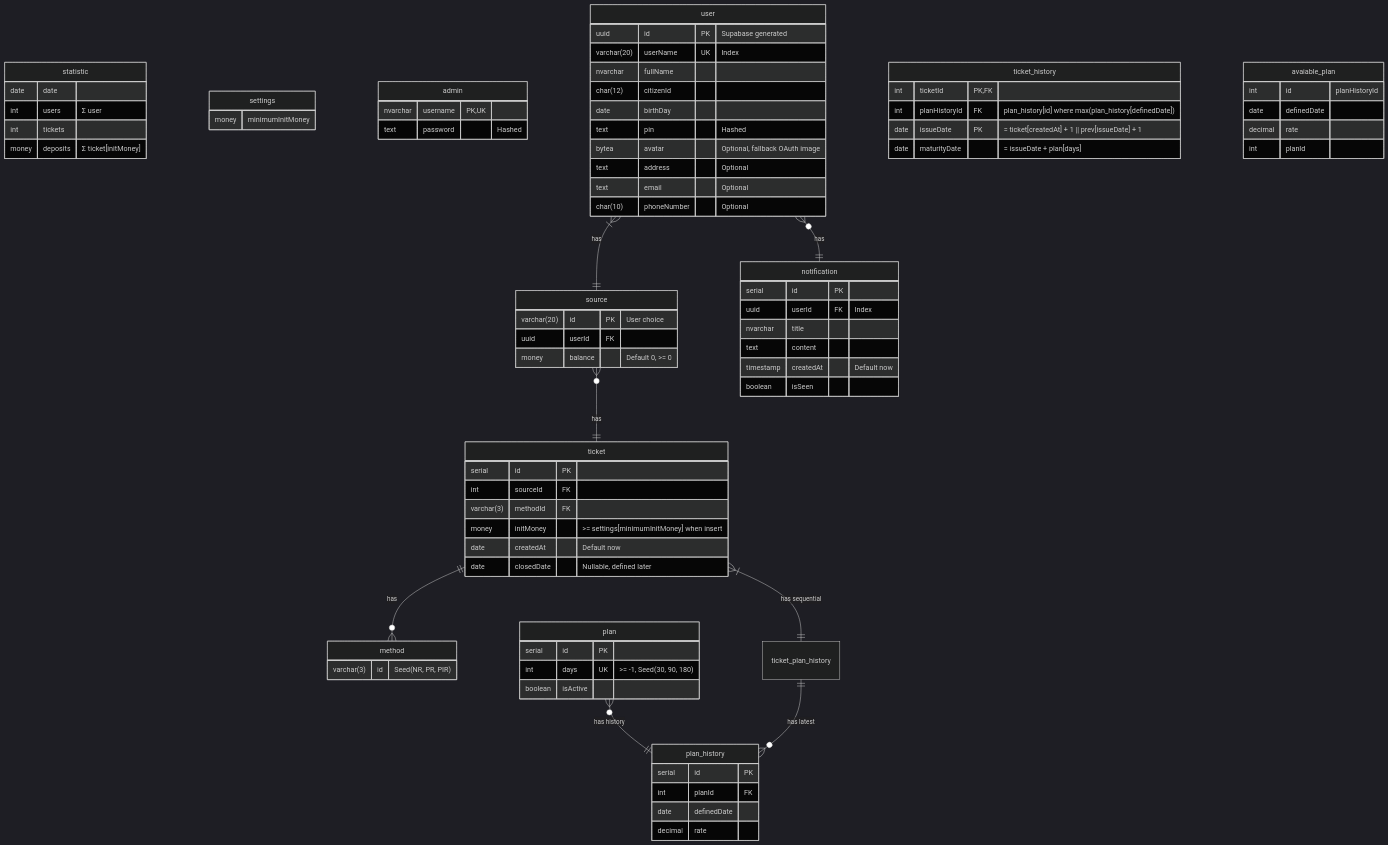
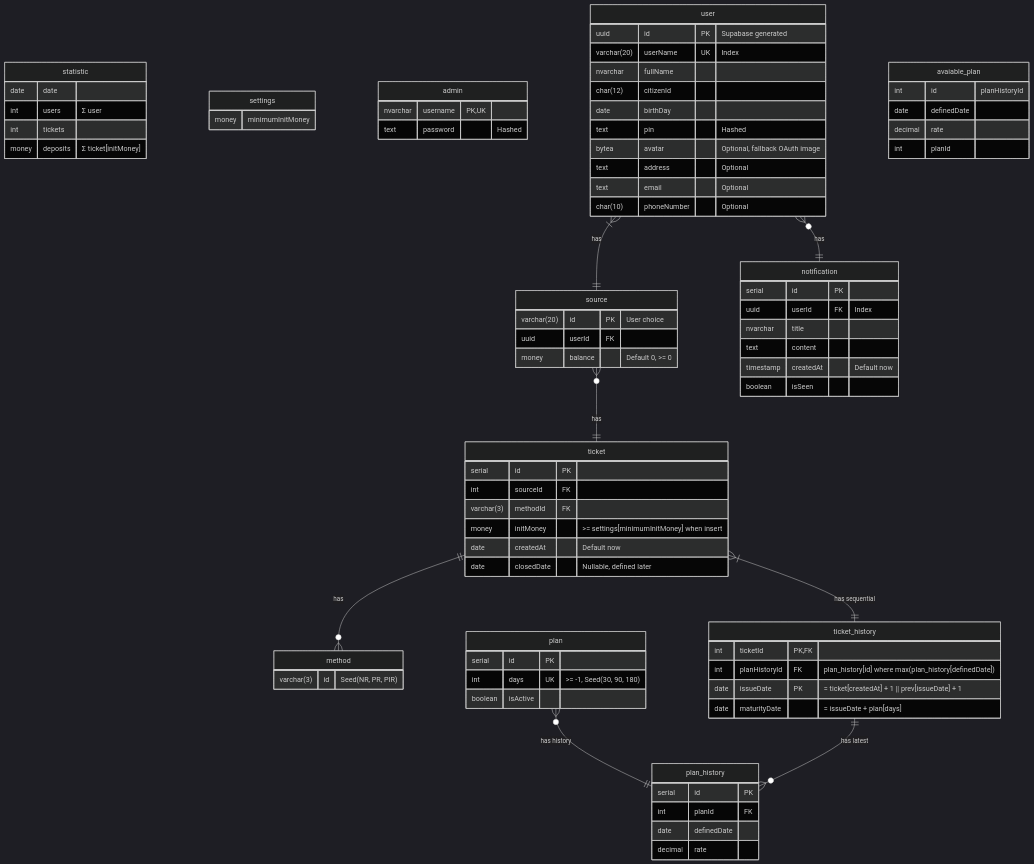
One commit to coinhub-uit/coinhub-uit.github.io changed the diagram in docs/diagrams/database.md. Above: the diagram before and after it, drawn with Mermaid (dark theme).

Commit message:
fix(db): ren but not change another :]

````diff
--- a/docs/diagrams/database.md
+++ b/docs/diagrams/database.md
@@ -94,7 +94,7 @@
   user }|--|| source : "has"
   source }o--|| ticket : "has"
   ticket ||--o{ method : "has"
-  ticket }|--|| ticket_plan_history : "has sequential"
+  ticket }|--|| ticket_history : "has sequential"
   plan }o--|| plan_history : "has history"
-  ticket_plan_history ||--}o plan_history : "has latest"
+  ticket_history ||--}o plan_history : "has latest"
 ```
````
